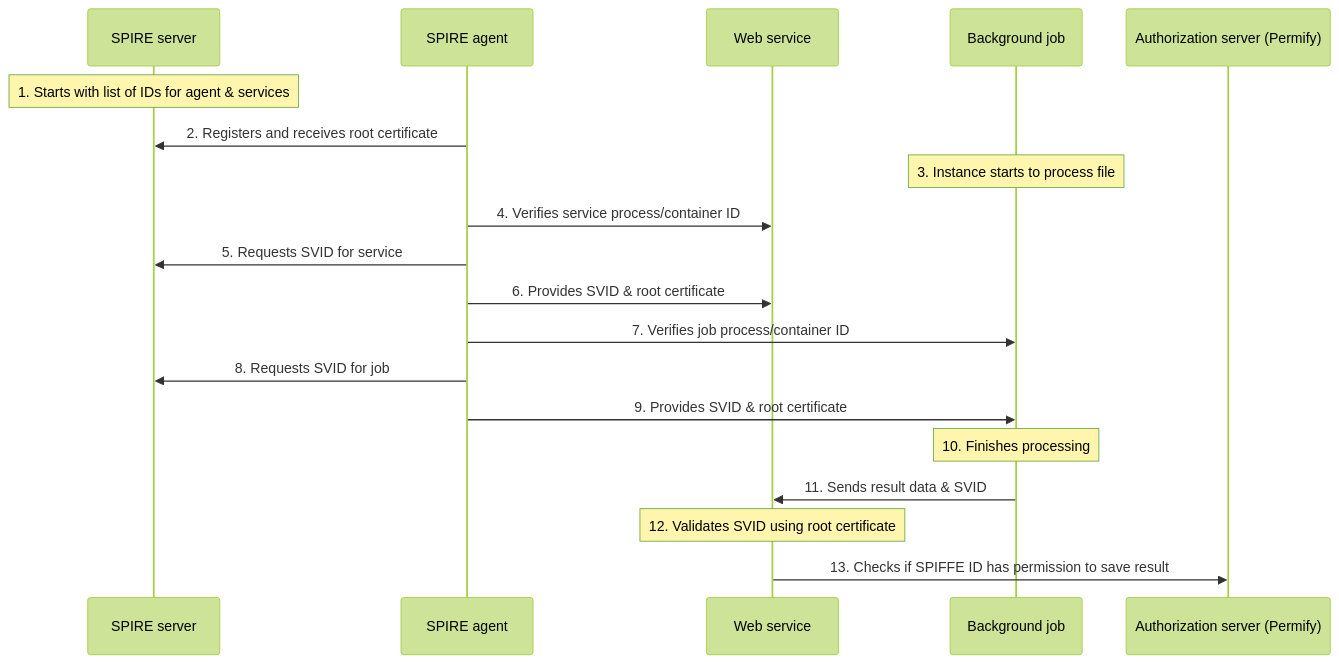
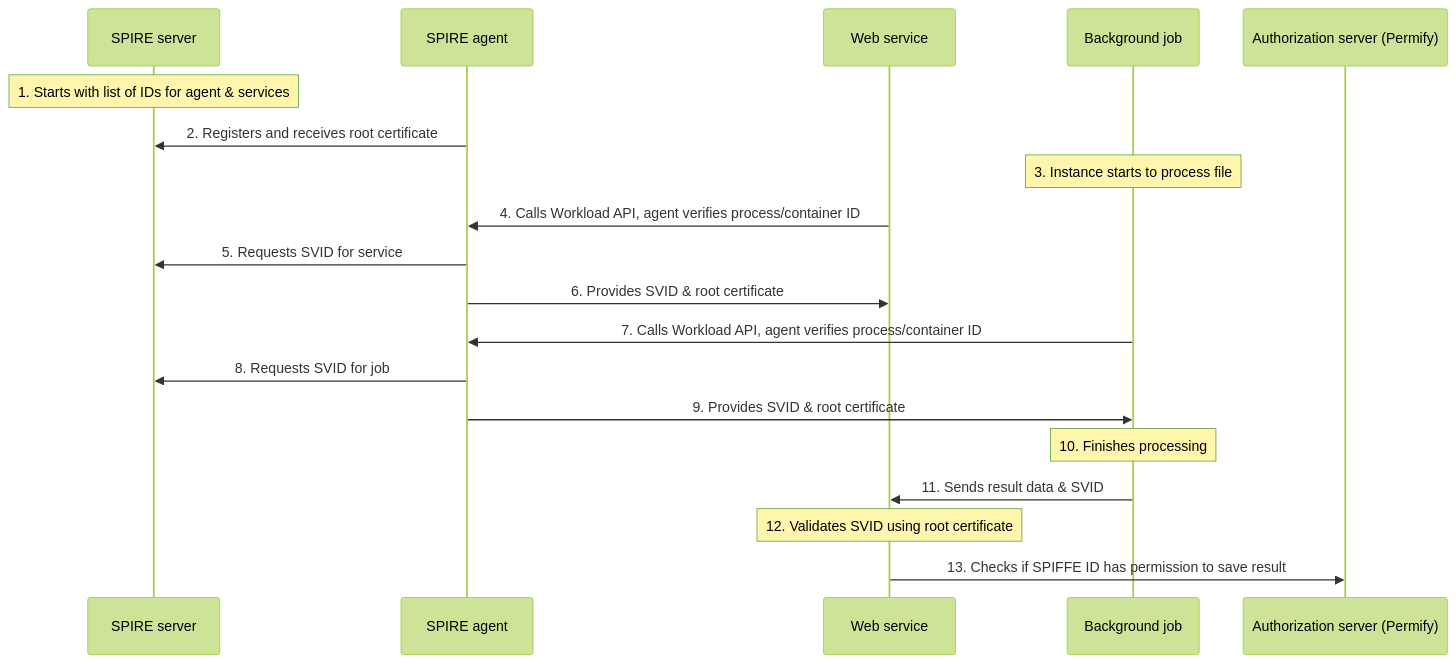
One commit to FusionAuth/fusionauth-site changed the first of 2 diagrams in astro/src/content/docs/operate/secure/permify-spire.mdx. Above: the diagram before and after it, drawn with Mermaid (forest theme). The commit also changed other lines of this file, not shown here.

Commit message:
Fix SVID issuance flow: workload initiates contact with agent, not the other way around

````diff
--- a/astro/src/content/docs/operate/secure/permify-spire.mdx
+++ b/astro/src/content/docs/operate/secure/permify-spire.mdx
@@ -81,22 +81,22 @@
 ```mermaid
 sequenceDiagram
     participant Server as SPIRE server
     participant Agent as SPIRE agent
     participant Web as Web service
     participant Job as Background job
     participant Auth as Authorization server (Permify)
 
     Note over Server: 1. Starts with list of IDs for agent & services
     Agent->>Server: 2. Registers and receives root certificate
     Note over Job: 3. Instance starts to process file
-    Agent->>Web: 4. Verifies service process/container ID
+    Web->>Agent: 4. Calls Workload API, agent verifies process/container ID
     Agent->>Server: 5. Requests SVID for service
     Agent->>Web: 6. Provides SVID & root certificate
-    Agent->>Job: 7. Verifies job process/container ID
+    Job->>Agent: 7. Calls Workload API, agent verifies process/container ID
     Agent->>Server: 8. Requests SVID for job
     Agent->>Job: 9. Provides SVID & root certificate
     Note over Job: 10. Finishes processing
     Job->>Web: 11. Sends result data & SVID
     Note over Web: 12. Validates SVID using root certificate
     Web->>Auth: 13. Checks if SPIFFE ID has permission to save result
 ```
````
